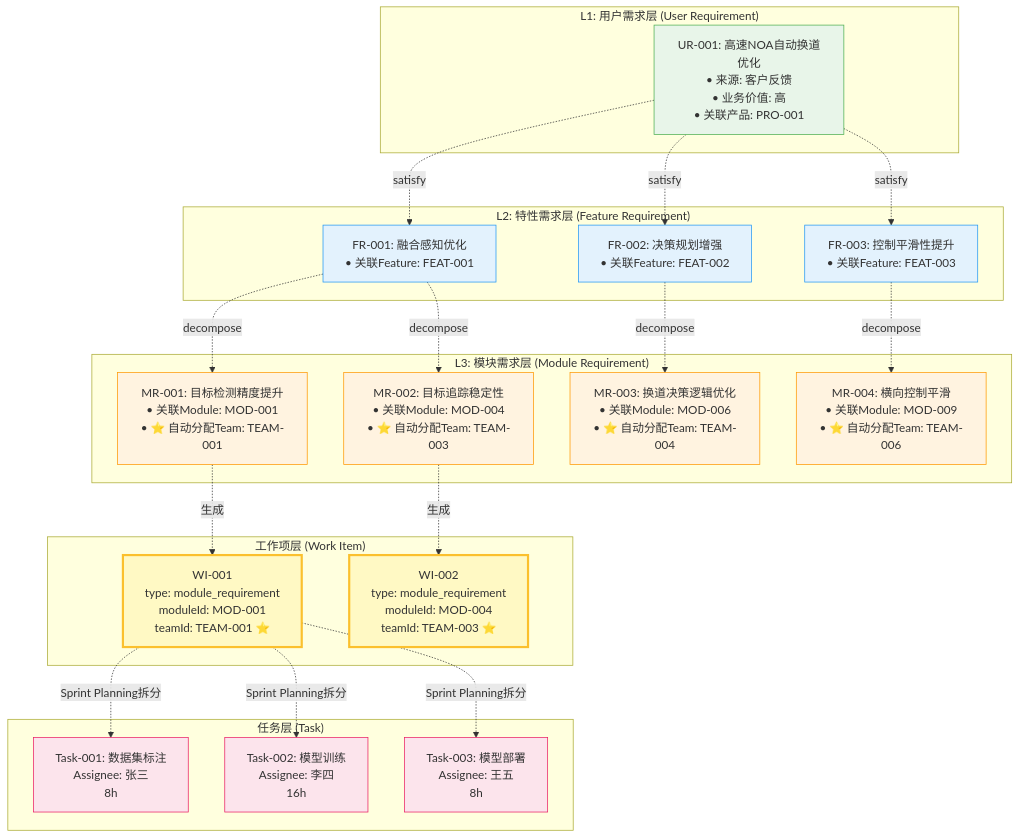
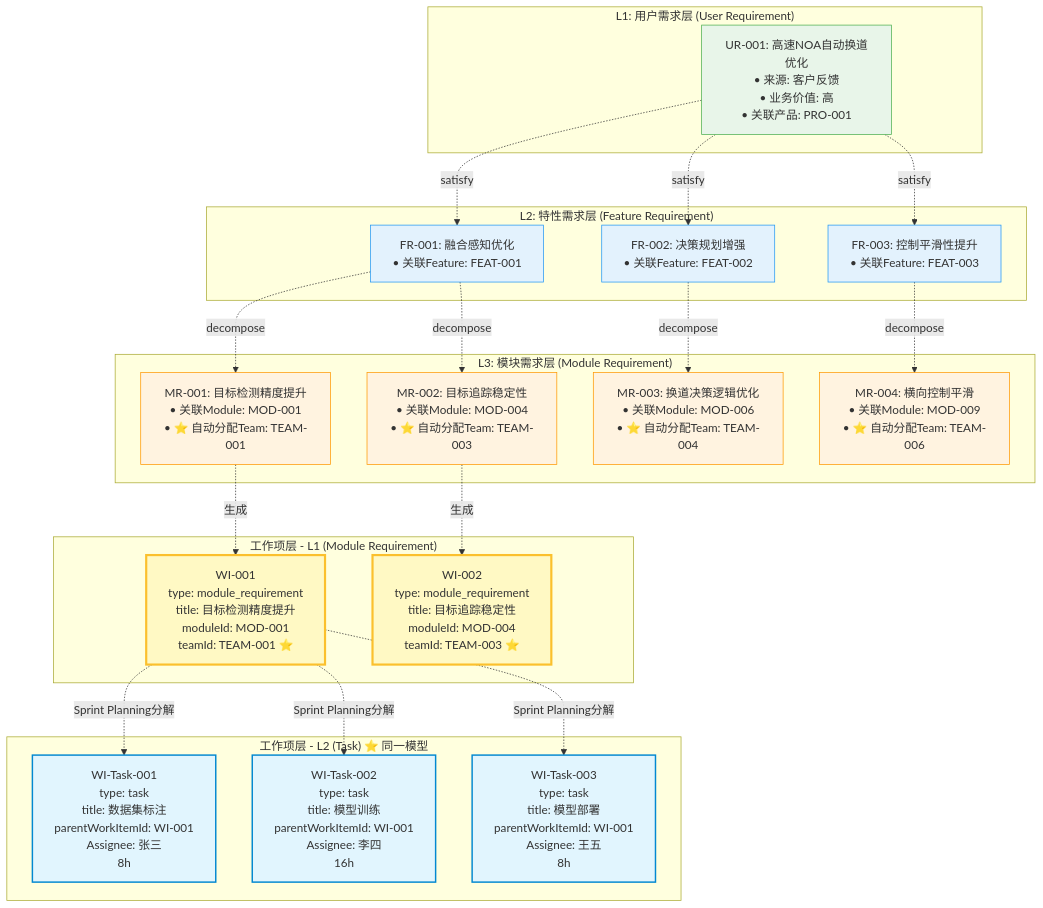
The ninth of 10 diagrams in Architecture/v2/04-task/TASK_BASED_ARCHITECTURE_V3.md (zjx-immersion/domain-model-design), drawn with Mermaid before and after one commit. The commit also changed other lines of this file, not shown here.

First line of the commit message:
refactor: 修正WorkItem架构设计 - WorkItem是基础模型，Task是其一种类型

````diff
--- a/Architecture/v2/04-task/TASK_BASED_ARCHITECTURE_V3.md
+++ b/Architecture/v2/04-task/TASK_BASED_ARCHITECTURE_V3.md
@@ -705,58 +740,58 @@
 ```mermaid
 flowchart TD
     subgraph L1["L1: 用户需求层 (User Requirement)"]
         UR1[UR-001: 高速NOA自动换道优化<br/>• 来源: 客户反馈<br/>• 业务价值: 高<br/>• 关联产品: PRO-001]
     end
     
     subgraph L2["L2: 特性需求层 (Feature Requirement)"]
         FR1[FR-001: 融合感知优化<br/>• 关联Feature: FEAT-001]
         FR2[FR-002: 决策规划增强<br/>• 关联Feature: FEAT-002]
         FR3[FR-003: 控制平滑性提升<br/>• 关联Feature: FEAT-003]
         
         UR1 -.satisfy.-> FR1
         UR1 -.satisfy.-> FR2
         UR1 -.satisfy.-> FR3
     end
     
     subgraph L3["L3: 模块需求层 (Module Requirement)"]
         MR1[MR-001: 目标检测精度提升<br/>• 关联Module: MOD-001<br/>• ⭐ 自动分配Team: TEAM-001]
         MR2[MR-002: 目标追踪稳定性<br/>• 关联Module: MOD-004<br/>• ⭐ 自动分配Team: TEAM-003]
         MR3[MR-003: 换道决策逻辑优化<br/>• 关联Module: MOD-006<br/>• ⭐ 自动分配Team: TEAM-004]
         MR4[MR-004: 横向控制平滑<br/>• 关联Module: MOD-009<br/>• ⭐ 自动分配Team: TEAM-006]
         
         FR1 -.decompose.-> MR1
         FR1 -.decompose.-> MR2
         FR2 -.decompose.-> MR3
         FR3 -.decompose.-> MR4
     end
     
-    subgraph WI["工作项层 (Work Item)"]
-        WI1[WI-001<br/>type: module_requirement<br/>moduleId: MOD-001<br/>teamId: TEAM-001 ⭐]
-        WI2[WI-002<br/>type: module_requirement<br/>moduleId: MOD-004<br/>teamId: TEAM-003 ⭐]
+    subgraph WI_L1["工作项层 - L1 (Module Requirement)"]
+        WI1[WI-001<br/>type: module_requirement<br/>title: 目标检测精度提升<br/>moduleId: MOD-001<br/>teamId: TEAM-001 ⭐]
+        WI2[WI-002<br/>type: module_requirement<br/>title: 目标追踪稳定性<br/>moduleId: MOD-004<br/>teamId: TEAM-003 ⭐]
         
         MR1 -.生成.-> WI1
         MR2 -.生成.-> WI2
     end
     
-    subgraph TASK["任务层 (Task)"]
-        T1[Task-001: 数据集标注<br/>Assignee: 张三<br/>8h]
-        T2[Task-002: 模型训练<br/>Assignee: 李四<br/>16h]
-        T3[Task-003: 模型部署<br/>Assignee: 王五<br/>8h]
+    subgraph WI_L2["工作项层 - L2 (Task) ⭐ 同一模型"]
+        T1[WI-Task-001<br/>type: task<br/>title: 数据集标注<br/>parentWorkItemId: WI-001<br/>Assignee: 张三<br/>8h]
+        T2[WI-Task-002<br/>type: task<br/>title: 模型训练<br/>parentWorkItemId: WI-001<br/>Assignee: 李四<br/>16h]
+        T3[WI-Task-003<br/>type: task<br/>title: 模型部署<br/>parentWorkItemId: WI-001<br/>Assignee: 王五<br/>8h]
         
-        WI1 -.Sprint Planning拆分.-> T1
-        WI1 -.Sprint Planning拆分.-> T2
-        WI1 -.Sprint Planning拆分.-> T3
+        WI1 -.Sprint Planning分解.-> T1
+        WI1 -.Sprint Planning分解.-> T2
+        WI1 -.Sprint Planning分解.-> T3
     end
     
     classDef urStyle fill:#e8f5e9,stroke:#4caf50
     classDef frStyle fill:#e3f2fd,stroke:#2196f3
     classDef mrStyle fill:#fff3e0,stroke:#ff9800
-    classDef wiStyle fill:#fff9c4,stroke:#fbc02d,stroke-width:3px
-    classDef taskStyle fill:#fce4ec,stroke:#e91e63
+    classDef wiL1Style fill:#fff9c4,stroke:#fbc02d,stroke-width:3px
+    classDef wiL2Style fill:#e1f5fe,stroke:#0288d1,stroke-width:2px
     
     class UR1 urStyle
     class FR1,FR2,FR3 frStyle
     class MR1,MR2,MR3,MR4 mrStyle
-    class WI1,WI2 wiStyle
-    class T1,T2,T3 taskStyle
+    class WI1,WI2 wiL1Style
+    class T1,T2,T3 wiL2Style
 ```
````
